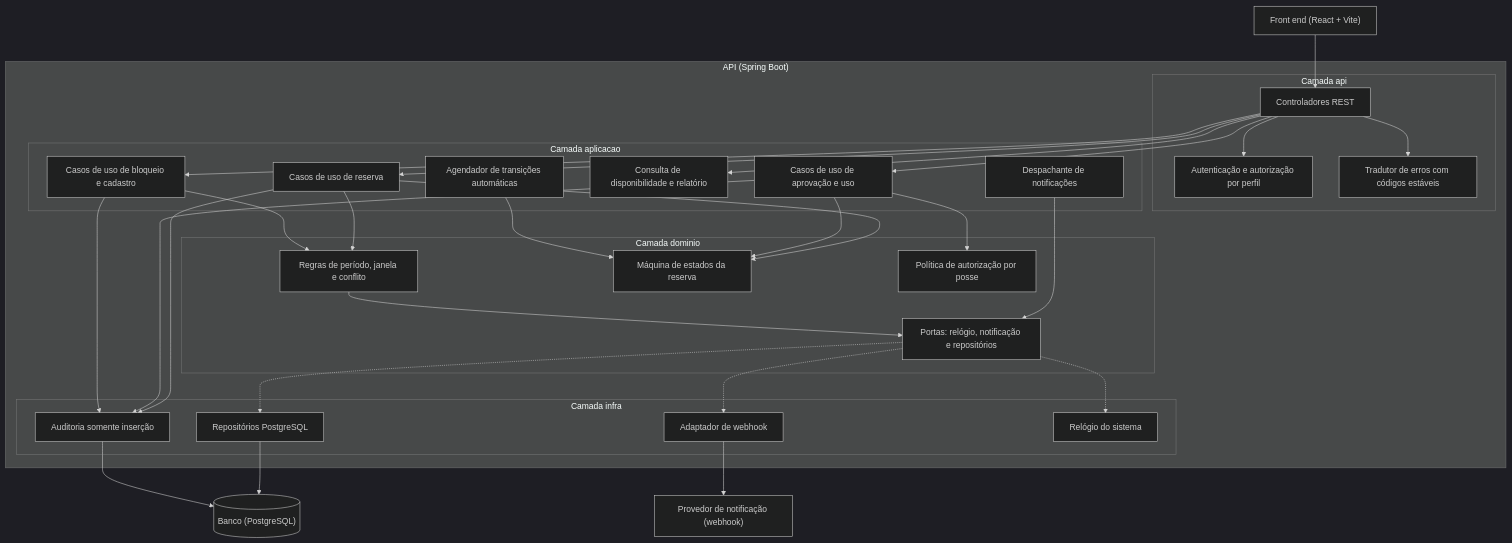
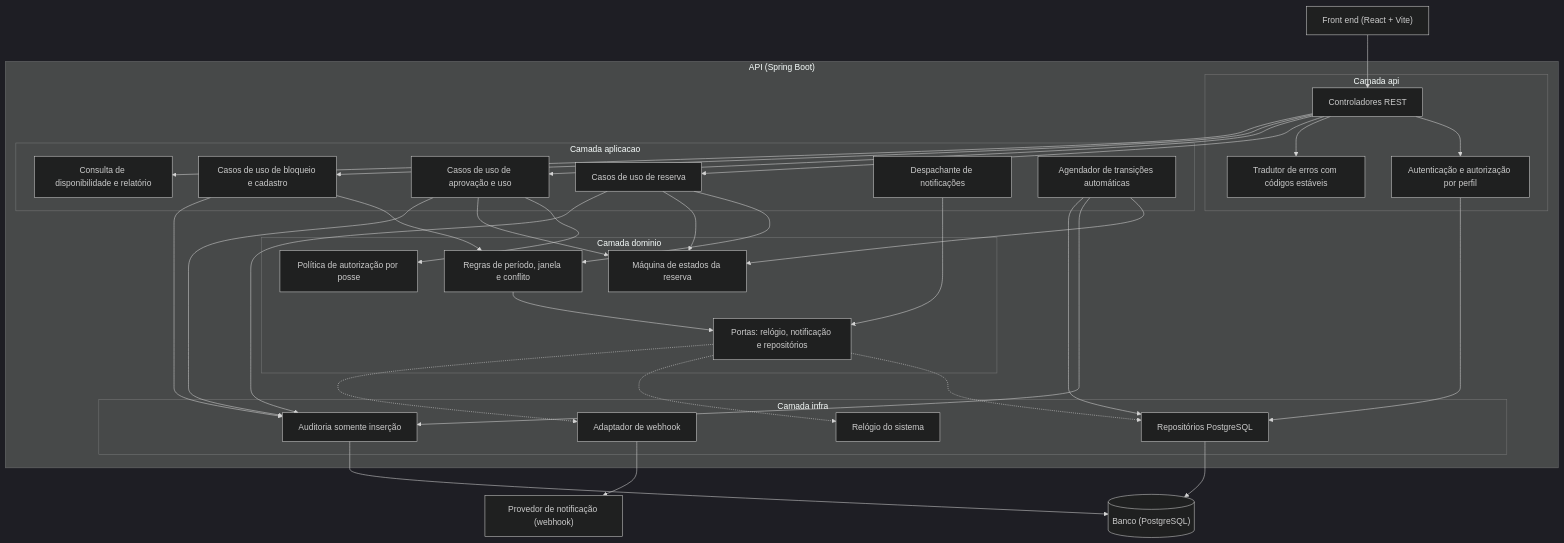
One commit to Jefferson-Silva-Geronimo/Projeto-QA-Organizador-de-Recursos-Jefferson changed the third of 5 diagrams in docs/arquitetura.md. Above: the diagram before and after it, drawn with Mermaid (dark theme). The commit also changed other lines of this file and 3 other files, not shown here.

````diff
--- a/docs/arquitetura.md
+++ b/docs/arquitetura.md
@@ -272,59 +272,62 @@
 ```mermaid
 flowchart TB
     front["Front end (React + Vite)"]
     banco[("Banco (PostgreSQL)")]
     prov["Provedor de notificação (webhook)"]
 
     subgraph api ["API (Spring Boot)"]
         subgraph camada_api ["Camada api"]
             ctrl["Controladores REST"]
             seg["Autenticação e autorização por perfil"]
             err["Tradutor de erros com códigos estáveis"]
         end
         subgraph camada_app ["Camada aplicacao"]
             uc_reserva["Casos de uso de reserva"]
             uc_aprov["Casos de uso de aprovação e uso"]
             uc_bloq["Casos de uso de bloqueio e cadastro"]
             uc_rel["Consulta de disponibilidade e relatório"]
             desp["Despachante de notificações"]
             agend["Agendador de transições automáticas"]
         end
         subgraph camada_dom ["Camada dominio"]
             regras["Regras de período, janela e conflito"]
             estados["Máquina de estados da reserva"]
             politica["Política de autorização por posse"]
             portas["Portas: relógio, notificação e repositórios"]
         end
         subgraph camada_infra ["Camada infra"]
             repo["Repositórios PostgreSQL"]
             audit["Auditoria somente inserção"]
             webhook["Adaptador de webhook"]
             relogio["Relógio do sistema"]
         end
     end
 
     front --> ctrl
     ctrl --> seg
     ctrl --> err
     ctrl --> uc_reserva
     ctrl --> uc_aprov
     ctrl --> uc_bloq
     ctrl --> uc_rel
     uc_reserva --> regras
     uc_reserva --> estados
     uc_aprov --> politica
     uc_aprov --> estados
     uc_bloq --> regras
     agend --> estados
+    agend --> audit
+    agend --> repo
+    seg --> repo
     desp --> portas
     regras --> portas
     portas -.-> repo
     portas -.-> relogio
     portas -.-> webhook
     uc_reserva --> audit
     uc_aprov --> audit
     uc_bloq --> audit
     repo --> banco
     audit --> banco
     webhook --> prov
 ```
````
